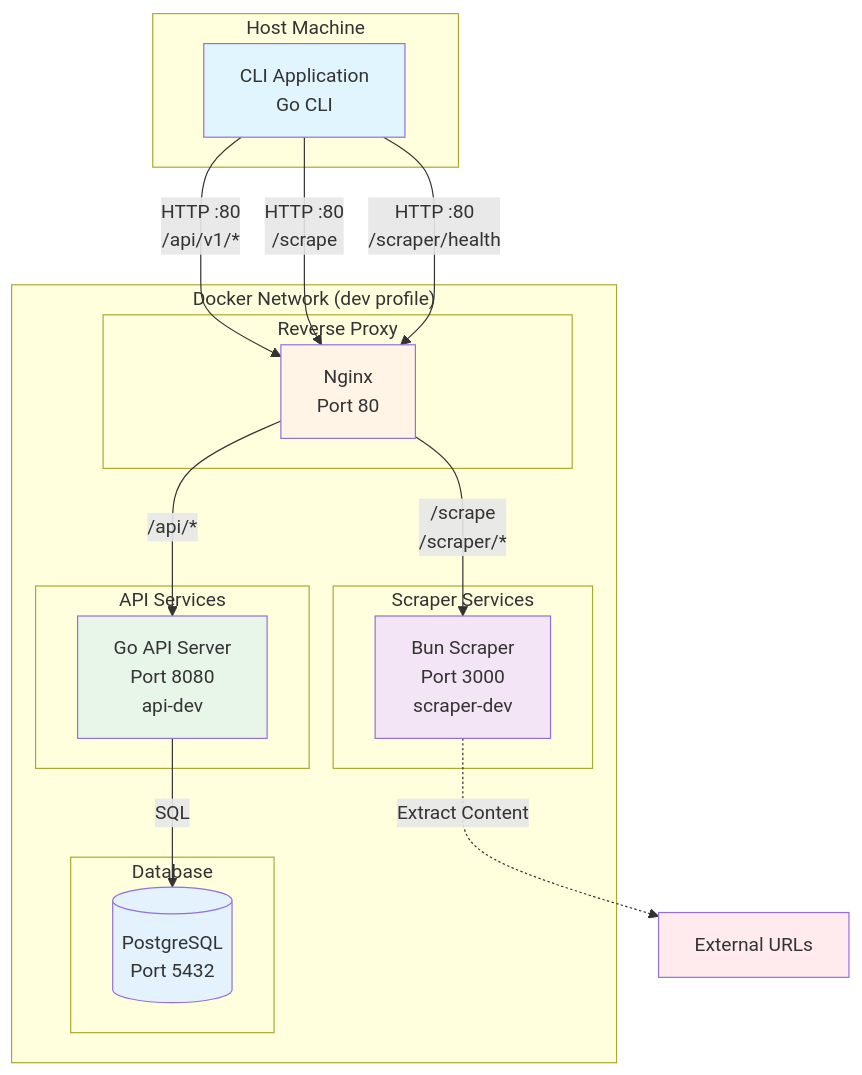
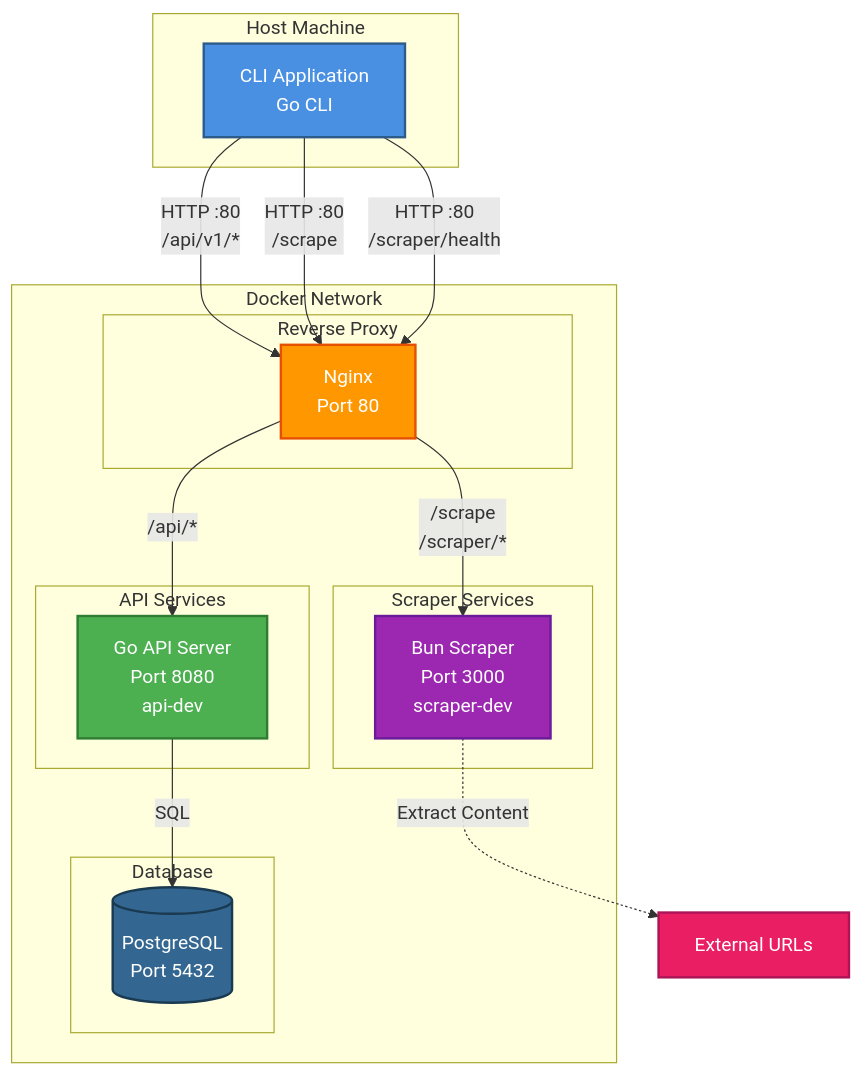
One commit to will-wright-eng/link-mgmt changed the diagram in readme.md. Above: the diagram before and after it, drawn with Mermaid.

````diff
--- a/readme.md
+++ b/readme.md
@@ -7,41 +7,41 @@
 ```mermaid
 graph TB
     subgraph "Host Machine"
         CLI[CLI Application<br/>Go CLI]
     end
 
-    subgraph "Docker Network (dev profile)"
+    subgraph "Docker Network"
         subgraph "Reverse Proxy"
             Nginx[Nginx<br/>Port 80]
         end
 
         subgraph "API Services"
             API[Go API Server<br/>Port 8080<br/>api-dev]
         end
 
         subgraph "Scraper Services"
             Scraper[Bun Scraper<br/>Port 3000<br/>scraper-dev]
         end
 
         subgraph "Database"
             Postgres[(PostgreSQL<br/>Port 5432)]
         end
     end
 
     CLI -->|HTTP :80<br/>/api/v1/*| Nginx
     CLI -->|HTTP :80<br/>/scrape| Nginx
     CLI -->|HTTP :80<br/>/scraper/health| Nginx
 
     Nginx -->|/api/*| API
     Nginx -->|/scrape<br/>/scraper/*| Scraper
 
     API -->|SQL| Postgres
     Scraper -.->|Extract Content| External[External URLs]
 
-    style CLI fill:#e1f5ff
-    style Nginx fill:#fff4e6
-    style API fill:#e8f5e9
-    style Scraper fill:#f3e5f5
-    style Postgres fill:#e3f2fd
-    style External fill:#ffebee
+    style CLI fill:#4A90E2,stroke:#2E5C8A,stroke-width:2px,color:#fff
+    style Nginx fill:#FF9800,stroke:#E65100,stroke-width:2px,color:#fff
+    style API fill:#4CAF50,stroke:#2E7D32,stroke-width:2px,color:#fff
+    style Scraper fill:#9C27B0,stroke:#6A1B9A,stroke-width:2px,color:#fff
+    style Postgres fill:#336791,stroke:#1A3A52,stroke-width:2px,color:#fff
+    style External fill:#E91E63,stroke:#AD1457,stroke-width:2px,color:#fff
 ```
````
